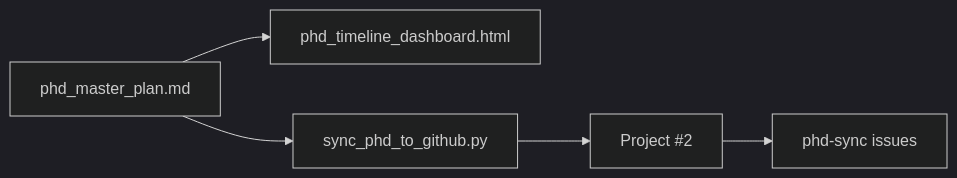
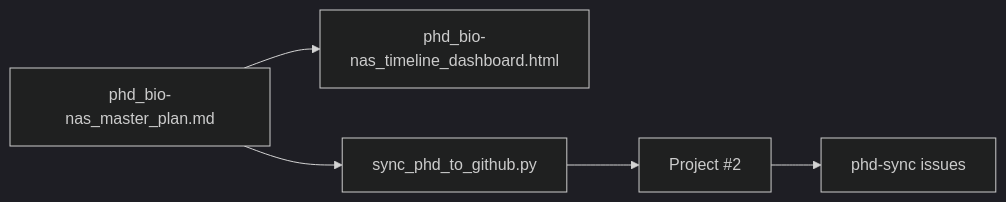
Before and after one commit to AdamCankaya/PhDNeural: the diagram in Bio-NAS/docs/wiki/Workflow.md, drawn with Mermaid (dark theme). The commit also changed other lines of this file and 21 other files, not shown here.

Commit message:
Rename project files to include bio-nas prefix

````diff
--- a/Bio-NAS/docs/wiki/Workflow.md
+++ b/Bio-NAS/docs/wiki/Workflow.md
@@ -7,7 +7,7 @@
 ```mermaid
 flowchart LR
-  Plan[phd_master_plan.md] --> Dash[phd_timeline_dashboard.html]
+  Plan[phd_bio-nas_master_plan.md] --> Dash[phd_bio-nas_timeline_dashboard.html]
   Plan --> Sync[sync_phd_to_github.py]
   Sync --> Board[Project #2]
   Board --> Issues[phd-sync issues]
 ```
````
